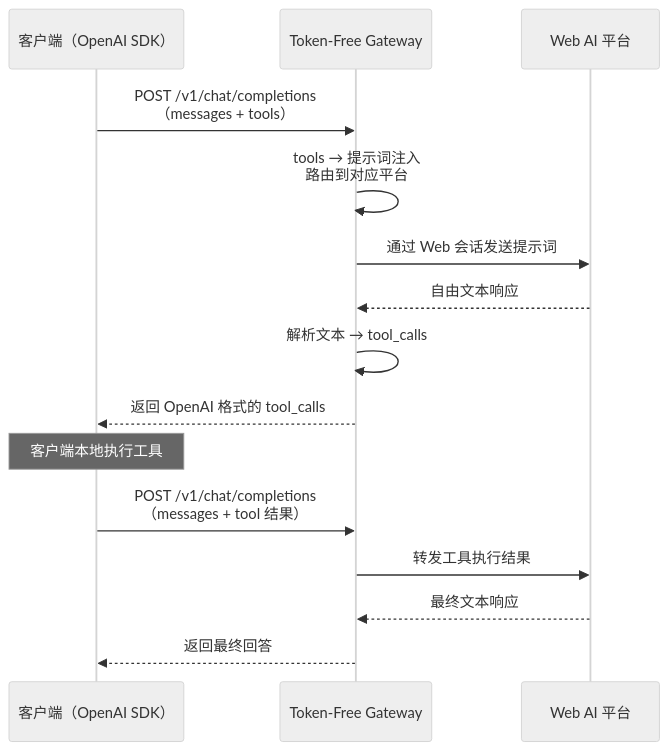
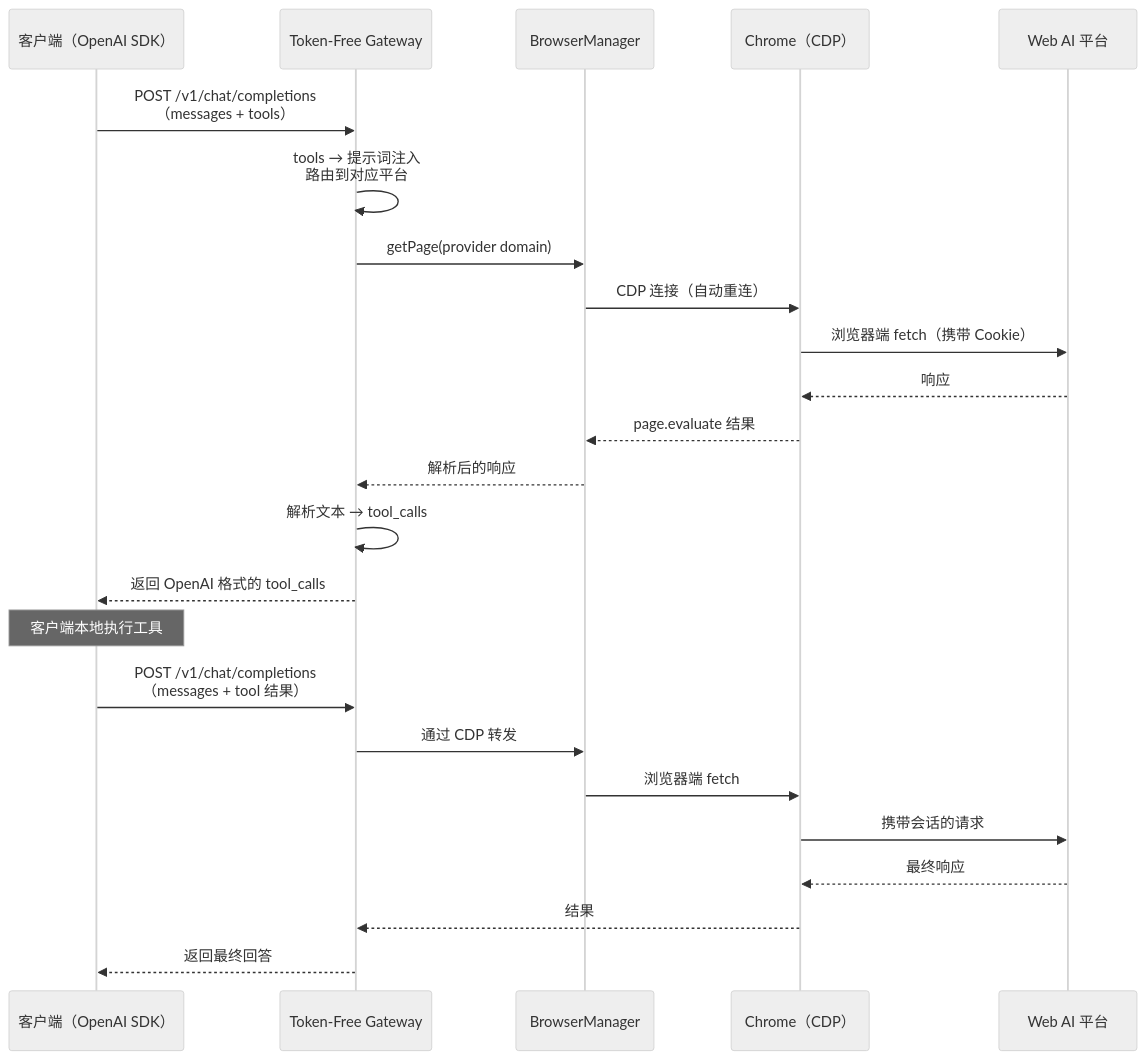
Before and after one commit to koraussie7/MuhanAI: the diagram in README_zh-CN.md, drawn with Mermaid (neutral theme). The commit also changed other lines of this file and 1 other file, not shown here.

First line of the commit message:
docs: update README to reflect CDP-based architecture

````diff
--- a/README_zh-CN.md
+++ b/README_zh-CN.md
@@ -173,20 +173,29 @@
 ```mermaid
 sequenceDiagram
     participant C as 客户端（OpenAI SDK）
     participant G as Token-Free Gateway
+    participant B as BrowserManager
+    participant Ch as Chrome（CDP）
     participant P as Web AI 平台
 
     C->>G: POST /v1/chat/completions<br/>（messages + tools）
     G->>G: tools → 提示词注入<br/>路由到对应平台
-    G->>P: 通过 Web 会话发送提示词
-    P-->>G: 自由文本响应
+    G->>B: getPage(provider domain)
+    B->>Ch: CDP 连接（自动重连）
+    Ch->>P: 浏览器端 fetch（携带 Cookie）
+    P-->>Ch: 响应
+    Ch-->>B: page.evaluate 结果
+    B-->>G: 解析后的响应
     G->>G: 解析文本 → tool_calls
     G-->>C: 返回 OpenAI 格式的 tool_calls
 
     Note over C: 客户端本地执行工具
 
     C->>G: POST /v1/chat/completions<br/>（messages + tool 结果）
-    G->>P: 转发工具执行结果
-    P-->>G: 最终文本响应
+    G->>B: 通过 CDP 转发
+    B->>Ch: 浏览器端 fetch
+    Ch->>P: 携带会话的请求
+    P-->>Ch: 最终响应
+    Ch-->>G: 结果
     G-->>C: 返回最终回答
 ```
````
